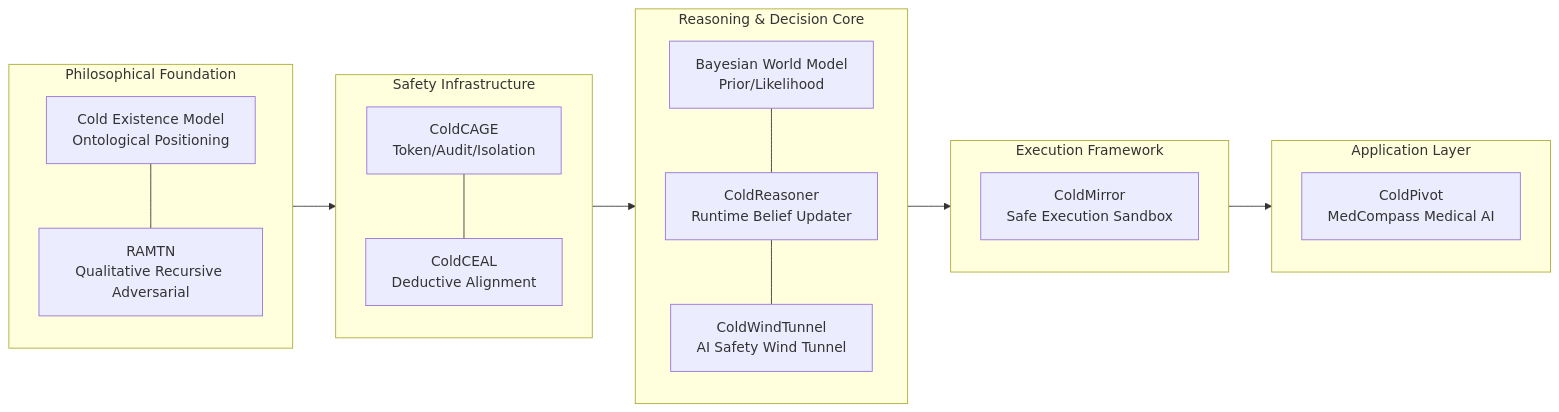
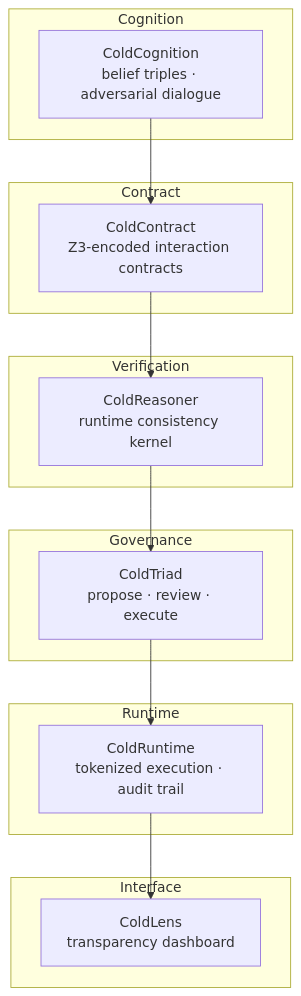
One commit to cold-os/.github changed the diagram in profile/README.md. Above: the diagram before and after it, drawn with Mermaid. The commit also changed other lines of this file, not shown here.

First line of the commit message:
Revise README for Cold Trust Protocol Stack

````diff
--- a/profile/README.md
+++ b/profile/README.md
@@ -36,24 +42,22 @@
 ```mermaid
-flowchart LR
-    subgraph 哲学根基[Philosophical Foundation]
-        A[Cold Existence Model<br/>Ontological Positioning] --- B[RAMTN<br/>Qualitative Recursive Adversarial]
+flowchart TD
+    subgraph L1[Cognition]
+        A[ColdCognition\nbelief triples · adversarial dialogue]
     end
-
-    subgraph 安全基础设施[Safety Infrastructure]
-        C[ColdCAGE<br/>Token/Audit/Isolation] --- D[ColdCEAL<br/>Deductive Alignment]
+    subgraph L2[Contract]
+        B[ColdContract\nZ3-encoded interaction contracts]
     end
-
-    subgraph 推理与决策核心[Reasoning & Decision Core]
-        E[Bayesian World Model<br/>Prior/Likelihood] --- F[ColdReasoner<br/>Runtime Belief Updater] --- G[ColdWindTunnel<br/>AI Safety Wind Tunnel]
+    subgraph L3[Verification]
+        C[ColdReasoner\nruntime consistency kernel]
     end
-
-    subgraph 执行框架[Execution Framework]
-        H[ColdMirror<br/>Safe Execution Sandbox]
+    subgraph L4[Governance]
+        D[ColdTriad\npropose · review · execute]
     end
-
-    subgraph 应用层[Application Layer]
-        I[ColdPivot<br/>MedCompass Medical AI]
+    subgraph L5[Runtime]
+        E[ColdRuntime\ntokenized execution · audit trail]
     end
-
-    哲学根基 --> 安全基础设施 --> 推理与决策核心 --> 执行框架 --> 应用层
+    subgraph L6[Interface]
+        F[ColdLens\ntransparency dashboard]
+    end
+    A --> B --> C --> D --> E --> F
 ```
````
